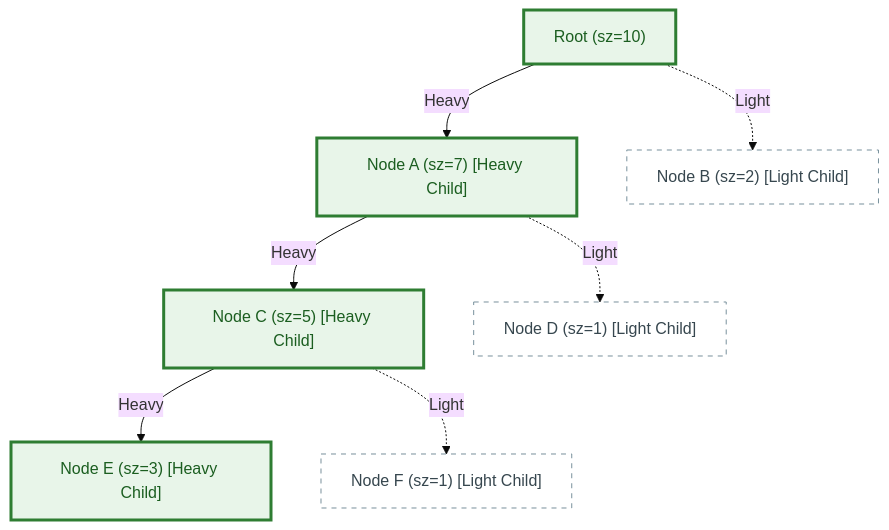
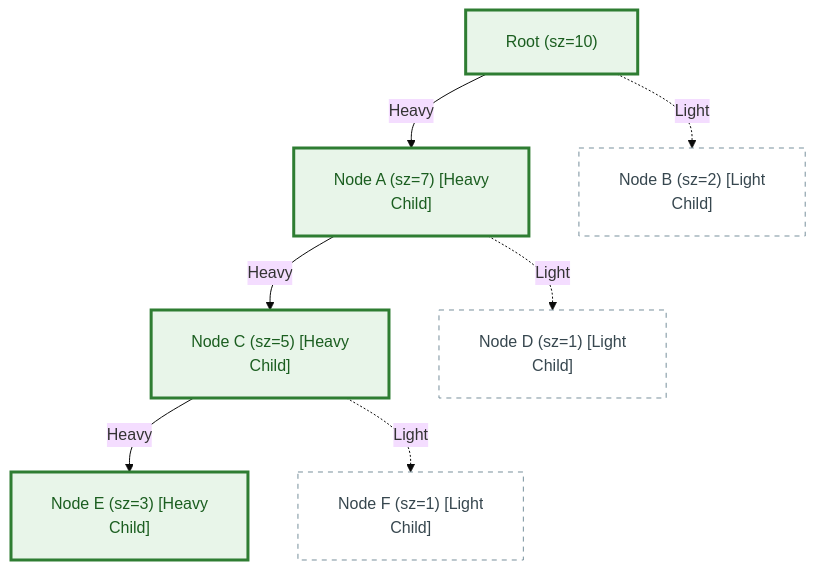
Before and after one commit to dip4k/DSA_102: the diagram in week_18_probabilistic_ds_systems/Week_18_Visual_Concepts_Playbook_HYBRID.md, drawn with Mermaid (base theme). The commit also changed 108 other files, not shown here.

First line of the commit message:
fix(mermaid): resolve diagram clipping, padding, and syntax issues across repo

````diff
--- a/week_18_probabilistic_ds_systems/Week_18_Visual_Concepts_Playbook_HYBRID.md
+++ b/week_18_probabilistic_ds_systems/Week_18_Visual_Concepts_Playbook_HYBRID.md
@@ -120,21 +120,22 @@
 ```mermaid
+%%{init: {"flowchart": {"htmlLabels": true, "padding": 20}}}%%
 flowchart TD
     classDef heavy fill:#e8f5e9,stroke:#2e7d32,stroke-width:3px,color:#1b5e20
     classDef light fill:#ffffff,stroke:#78909c,stroke-width:1px,stroke-dasharray: 5 5,color:#37474f
 
     R["Root (sz=10)"]:::heavy
-    A["Node A (sz=7) [Heavy Child]"]:::heavy
-    B["Node B (sz=2) [Light Child]"]:::light
+    A["Node A (sz=7) [Heavy<br/>Child]"]:::heavy
+    B["Node B (sz=2) [Light<br/>Child]"]:::light
     R -->|Heavy| A
     R -.->|Light| B
 
-    C["Node C (sz=5) [Heavy Child]"]:::heavy
-    D["Node D (sz=1) [Light Child]"]:::light
+    C["Node C (sz=5) [Heavy<br/>Child]"]:::heavy
+    D["Node D (sz=1) [Light<br/>Child]"]:::light
     A -->|Heavy| C
     A -.->|Light| D
 
-    E["Node E (sz=3) [Heavy Child]"]:::heavy
-    F["Node F (sz=1) [Light Child]"]:::light
+    E["Node E (sz=3) [Heavy<br/>Child]"]:::heavy
+    F["Node F (sz=1) [Light<br/>Child]"]:::light
     C -->|Heavy| E
     C -.->|Light| F
 ```
````
